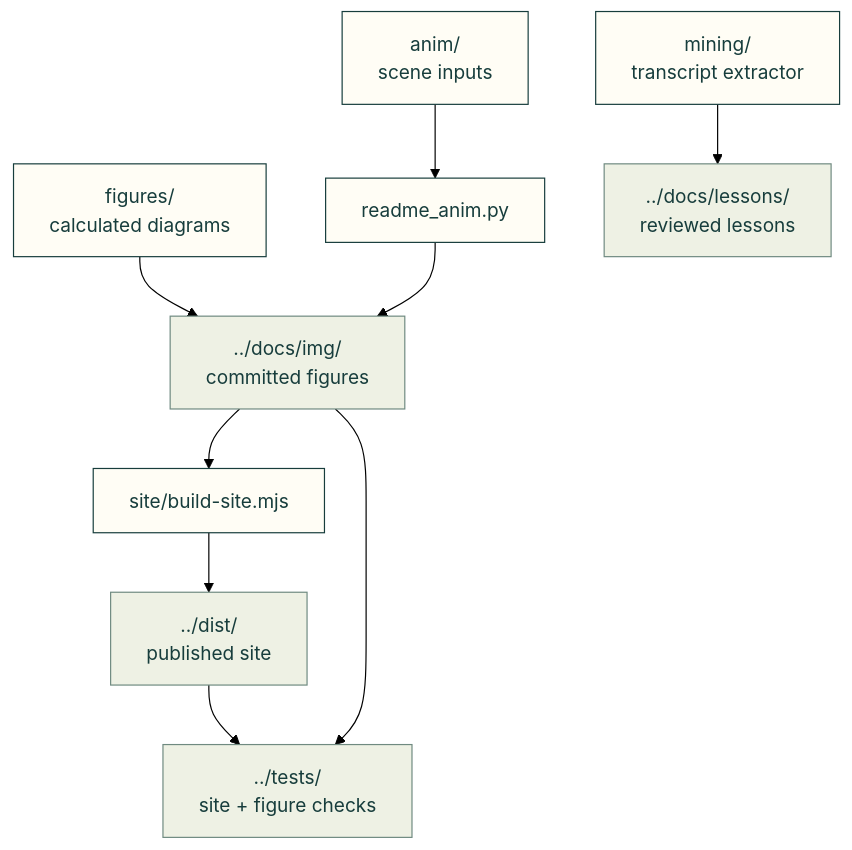
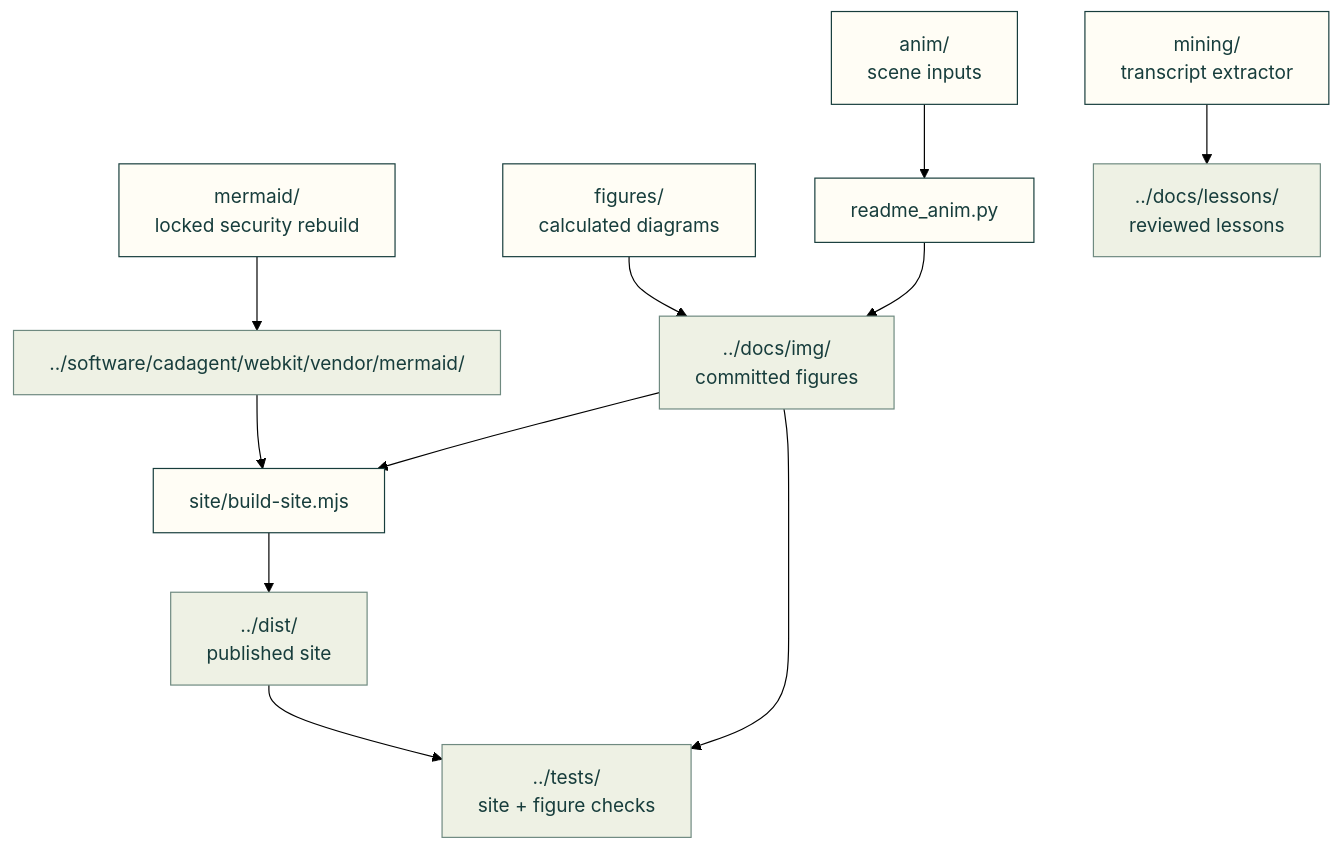
Before and after one commit to Valpatel/cad-agent: the diagram in tools/README.md, drawn with Mermaid (forest theme). The commit also changed other lines of this file and 18 other files, not shown here.

Commit message:
Rebuild Mermaid11 with fixed sanitizer and math dependencies

````diff
--- a/tools/README.md
+++ b/tools/README.md
@@ -7,13 +7,15 @@
 ```mermaid
 flowchart TD
     B["site/build-site.mjs"] --> S["../dist/<br/>published site"]
+    V["mermaid/<br/>locked security rebuild"] --> K["../software/cadagent/webkit/vendor/mermaid/"]
+    K --> B
     F["figures/<br/>calculated diagrams"] --> I["../docs/img/<br/>committed figures"]
     A["anim/<br/>scene inputs"] --> R["readme_anim.py"] --> I
     I --> B
     M["mining/<br/>transcript extractor"] --> L["../docs/lessons/<br/>reviewed lessons"]
     S & I --> T["../tests/<br/>site + figure checks"]
     classDef here fill:#fffdf5,stroke:#173d3c,color:#173d3c
     classDef near fill:#eef1e4,stroke:#6f8a80,color:#173d3c
-    class B,F,A,R,M here
-    class S,I,L,T near
+    class B,V,F,A,R,M here
+    class S,K,I,L,T near
 ```
````
